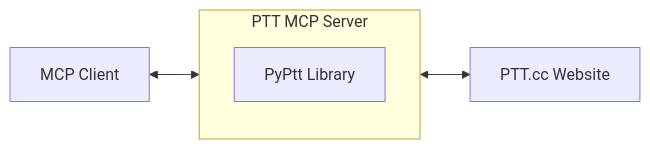
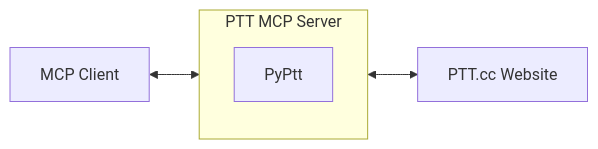
Before and after one commit to PyPtt/ptt_mcp_server: the diagram in README_ENG.md, drawn with Mermaid. The commit also changed other lines of this file and 2 other files, not shown here.

````diff
--- a/README_ENG.md
+++ b/README_ENG.md
@@ -71,13 +85,13 @@
 ```mermaid
 graph LR
     A["MCP Client"]
 
     subgraph B ["PTT MCP Server"]
-        D["PyPtt Library"]
+        D["PyPtt"]
     end
 
     C["PTT.cc Website"]
 
     A <--> B
     B <--> C
 ```
````
